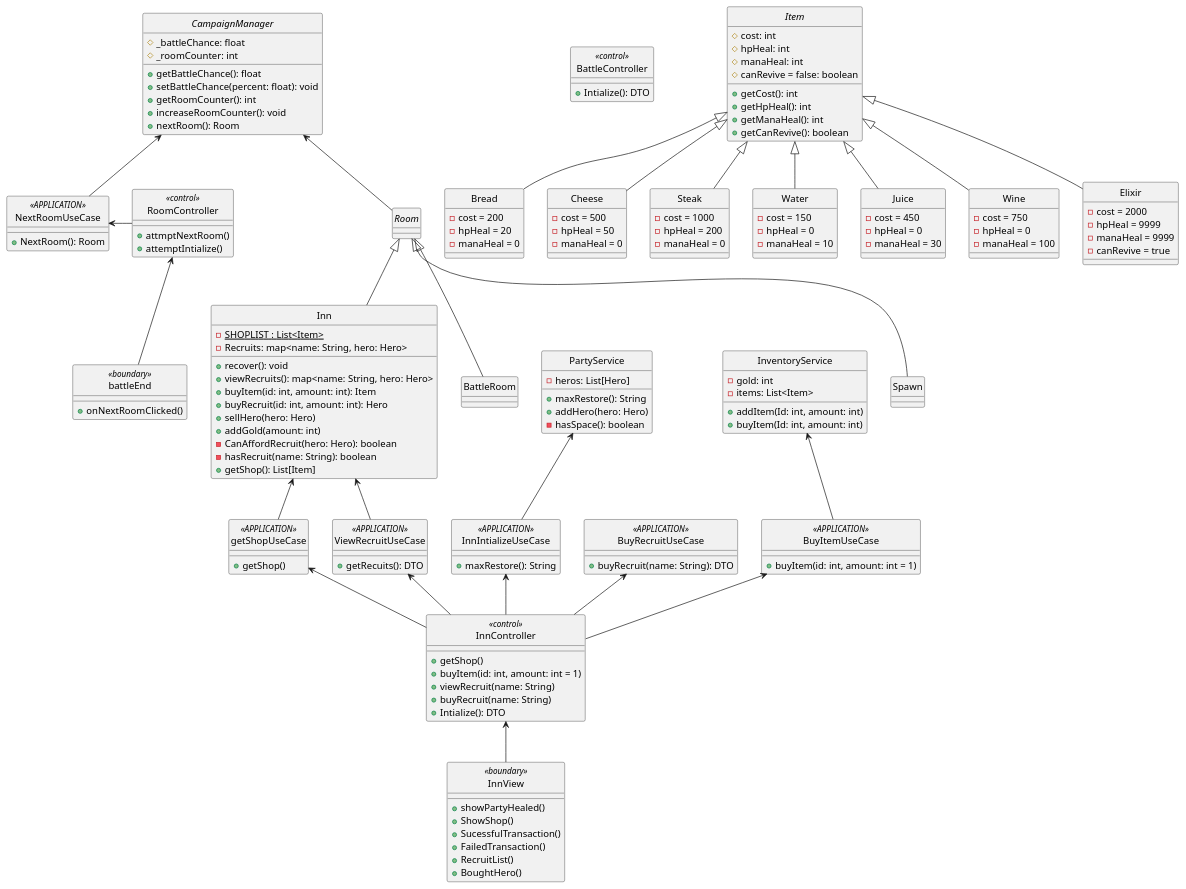
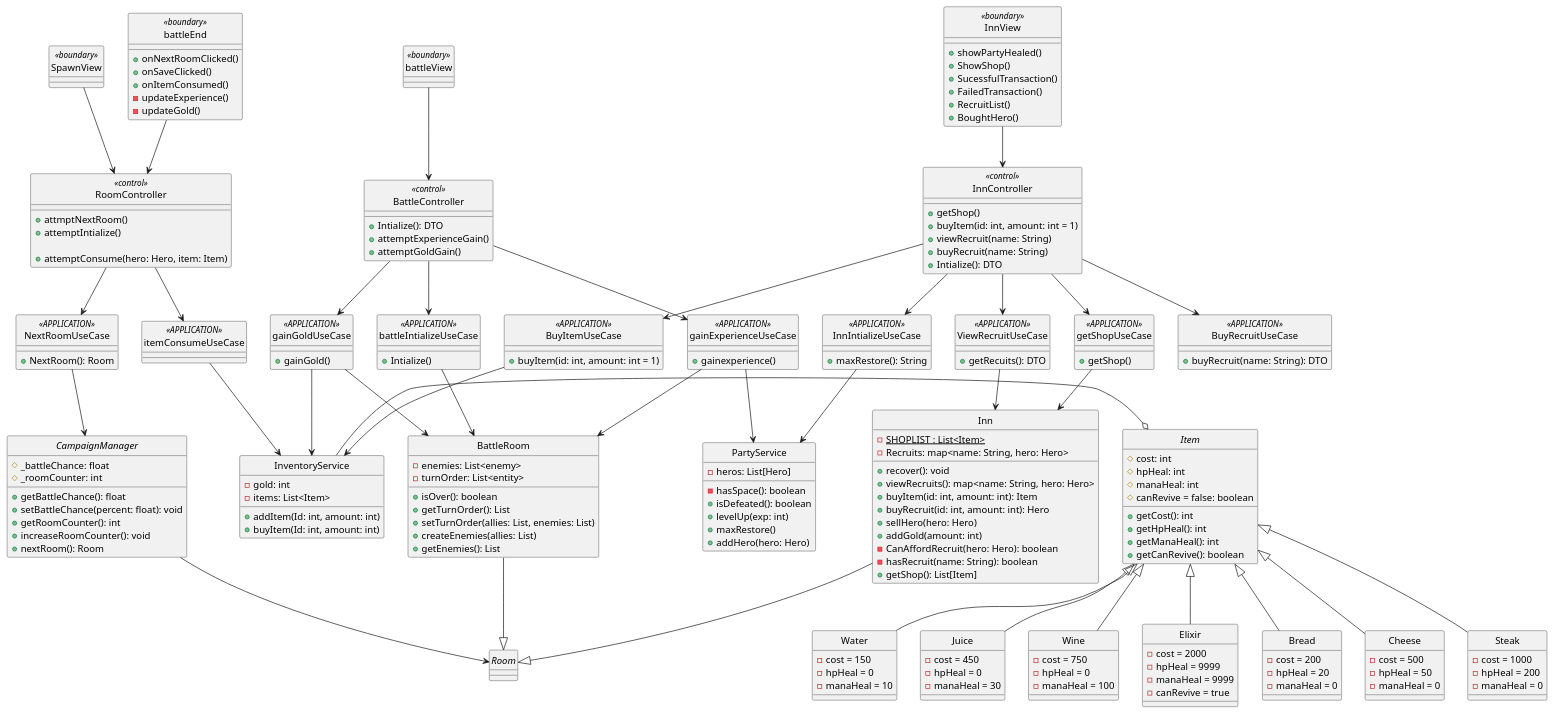
The diagram in rpg-legends/docs/uml/services/campaign-progression/class/inn.puml (JosefG50/2203-Legends-of-Sword-and-Wand), drawn with PlantUML before and after one commit.

Commit message:
[feat] completed class uml

```diff
--- a/rpg-legends/docs/uml/services/campaign-progression/class/inn.puml
+++ b/rpg-legends/docs/uml/services/campaign-progression/class/inn.puml
@@ -3,45 +3,6 @@
 skinparam SequenceMessageAlignment center
 
 
-
-abstract class CampaignManager{
-    #_battleChance: float 
-    #_roomCounter: int
-    + getBattleChance(): float
-    + setBattleChance(percent: float): void
-    + getRoomCounter(): int
-    + increaseRoomCounter(): void
-    + nextRoom(): Room
-} 
-
-abstract class Room{
-
-}
-
-class Inn {
-    - {static} SHOPLIST : List<Item>
-    - Recruits: map<name: String, hero: Hero>
-
-    + recover(): void
-    + viewRecruits(): map<name: String, hero: Hero>
-    + buyItem(id: int, amount: int): Item
-    + buyRecruit(id: int, amount: int): Hero
-    + sellHero(hero: Hero)
-    + addGold(amount: int)
-    - CanAffordRecruit(hero: Hero): boolean
-    - hasRecruit(name: String): boolean
-    + getShop(): List[Item]
-}
-class BattleRoom{
-}
-class Spawn{
-}
-class PartyService{
-    - heros: List[Hero]
-    + maxRestore(): String
-    + addHero(hero: Hero)
-    - hasSpace(): boolean
-}
 class InnView <<boundary>>{
     + showPartyHealed()
     + ShowShop()
@@ -50,9 +11,20 @@
     + RecruitList()
     + BoughtHero()
 }
+class SpawnView <<boundary>>{
+}
 class battleEnd <<boundary>>{
     + onNextRoomClicked()
+    + onSaveClicked()
+    + onItemConsumed()
+    - updateExperience()
+    - updateGold()
 }
+
+class battleView <<boundary>>{
+    
+}
+
 class InnController <<control>> {
     + getShop()
     + buyItem(id: int, amount: int = 1)
@@ -62,10 +34,28 @@
 }
 class BattleController <<control>> {
     + Intialize(): DTO
+    + attemptExperienceGain()
+    + attemptGoldGain()
 }
 class RoomController <<control>>{
     + attmptNextRoom()
     + attemptIntialize()
+    
+    + attemptConsume(hero: Hero, item: Item)
+}
+
+class gainExperienceUseCase <<APPLICATION>>{
+    + gainexperience()
+}
+class gainGoldUseCase <<APPLICATION>>{
+    + gainGold()
+}
+
+class battleIntializeUseCase <<APPLICATION>>{
+    + Intialize()
+}
+class itemConsumeUseCase <<APPLICATION>>{
+    
 }
 class InnIntializeUseCase <<APPLICATION>>{
     + maxRestore(): String
@@ -86,6 +76,63 @@
 }
 class getShopUseCase <<APPLICATION>>{
     + getShop()
+}
+
+
+class Inn {
+    - {static} SHOPLIST : List<Item>
+    - Recruits: map<name: String, hero: Hero>
+
+    + recover(): void
+    + viewRecruits(): map<name: String, hero: Hero>
+    + buyItem(id: int, amount: int): Item
+    + buyRecruit(id: int, amount: int): Hero
+    + sellHero(hero: Hero)
+    + addGold(amount: int)
+    - CanAffordRecruit(hero: Hero): boolean
+    - hasRecruit(name: String): boolean
+    + getShop(): List[Item]
+}
+class BattleRoom{
+    - enemies: List<enemy>
+    - turnOrder: List<entity>
+
+    + isOver(): boolean
+    + getTurnOrder(): List
+    + setTurnOrder(allies: List, enemies: List)
+    + createEnemies(allies: List)
+    + getEnemies(): List
+    
+}
+class PartyService{
+    - heros: List[Hero]
+
+    - hasSpace(): boolean
+    + isDefeated(): boolean
+    + levelUp(exp: int)
+    + maxRestore()
+    + addHero(hero: Hero)
+}
+class InventoryService{
+    - gold: int
+    - items: List<Item>
+    + addItem(Id: int, amount: int)
+    + buyItem(Id: int, amount: int)
+
+}
+
+abstract class CampaignManager{
+    #_battleChance: float 
+    #_roomCounter: int
+    + getBattleChance(): float
+    + setBattleChance(percent: float): void
+    + getRoomCounter(): int
+    + increaseRoomCounter(): void
+    + nextRoom(): Room
+} 
+
+abstract class Room{
+
 }
 
 abstract class Item{
@@ -135,6 +182,58 @@
     - canRevive = true    
 }
 
+
+
+
+SpawnView -->  RoomController
+battleEnd -->  RoomController
+InnView -->  InnController
+
+battleView --> BattleController
+
+
+BattleController --> battleIntializeUseCase
+BattleController --> gainExperienceUseCase
+BattleController --> gainGoldUseCase
+
+
+
+RoomController -->  NextRoomUseCase
+RoomController --> itemConsumeUseCase
+
+
+
+InnController--> InnIntializeUseCase
+InnController--> BuyRecruitUseCase
+InnController--> ViewRecruitUseCase
+InnController--> BuyItemUseCase
+InnController--> getShopUseCase
+
+gainExperienceUseCase --> PartyService
+gainGoldUseCase --> InventoryService
+gainExperienceUseCase --> BattleRoom
+gainGoldUseCase --> BattleRoom
+
+NextRoomUseCase -->  CampaignManager
+itemConsumeUseCase --> InventoryService
+
+battleIntializeUseCase --> BattleRoom
+
+getShopUseCase  --> Inn
+ViewRecruitUseCase --> Inn
+InnIntializeUseCase-->  PartyService
+BuyItemUseCase  --> InventoryService
+
+
+Inn  --|> Room
+BattleRoom  --|> Room
+
+
+
+CampaignManager -> Room 
+
+InventoryService -o Item
+
 Item <|-- Bread
 Item <|-- Cheese
 Item <|-- Steak
@@ -142,36 +241,4 @@
 Item <|-- Juice
 Item <|-- Wine
 Item <|-- Elixir
-
-class InventoryService{
-    - gold: int
-    - items: List<Item>
-    + addItem(Id: int, amount: int)
-    + buyItem(Id: int, amount: int)
-
-}
-CampaignManager <-- Room 
-
-CampaignManager <-- NextRoomUseCase
-Room <|-- Inn
-Room <|-- BattleRoom
-Room <|-- Spawn
-
-Inn <-- getShopUseCase
-InventoryService <-- BuyItemUseCase
-Inn <-- ViewRecruitUseCase
-PartyService <-- InnIntializeUseCase
-
-InnIntializeUseCase <-- InnController
-BuyRecruitUseCase <-- InnController
-ViewRecruitUseCase <-- InnController
-BuyItemUseCase <-- InnController
-getShopUseCase <-- InnController
-
-NextRoomUseCase <- RoomController
-
-InnController <-- InnView
-RoomController <-- battleEnd
-
-
 @enduml
```
